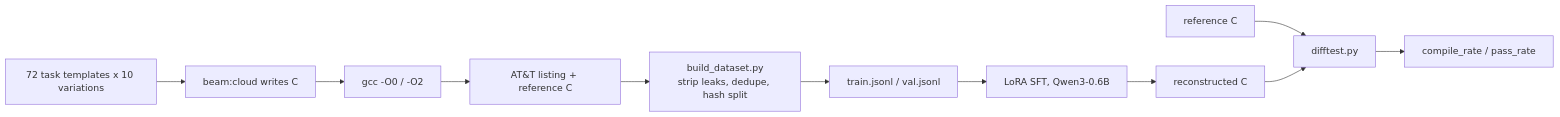
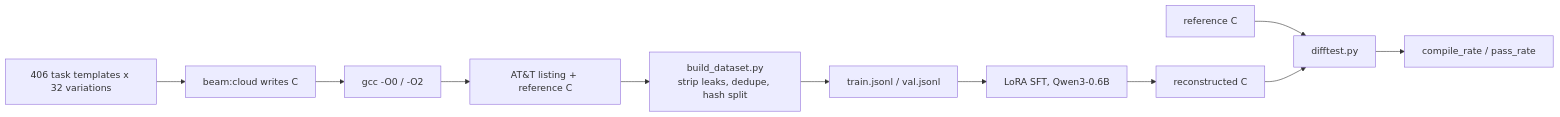
One commit to Zhussup/kind_picture changed the diagram in README.md. Above: the diagram before and after it, drawn with Mermaid. The commit also changed other lines of this file and 16 other files, not shown here.

````diff
--- a/README.md
+++ b/README.md
@@ -52,13 +54,13 @@
 ```mermaid
 flowchart LR
-  T["72 task templates x 10 variations"] --> G["beam:cloud writes C"]
+  T["406 task templates x 32 variations"] --> G["beam:cloud writes C"]
   G --> GCC["gcc -O0 / -O2"]
   GCC --> L["AT&T listing + reference C"]
   L --> B["build_dataset.py<br/>strip leaks, dedupe, hash split"]
   B --> D["train.jsonl / val.jsonl"]
   D --> S["LoRA SFT, Qwen3-0.6B"]
   S --> M["reconstructed C"]
   R["reference C"] --> DT["difftest.py"]
   M --> DT
   DT --> V["compile_rate / pass_rate"]
 ```
````
